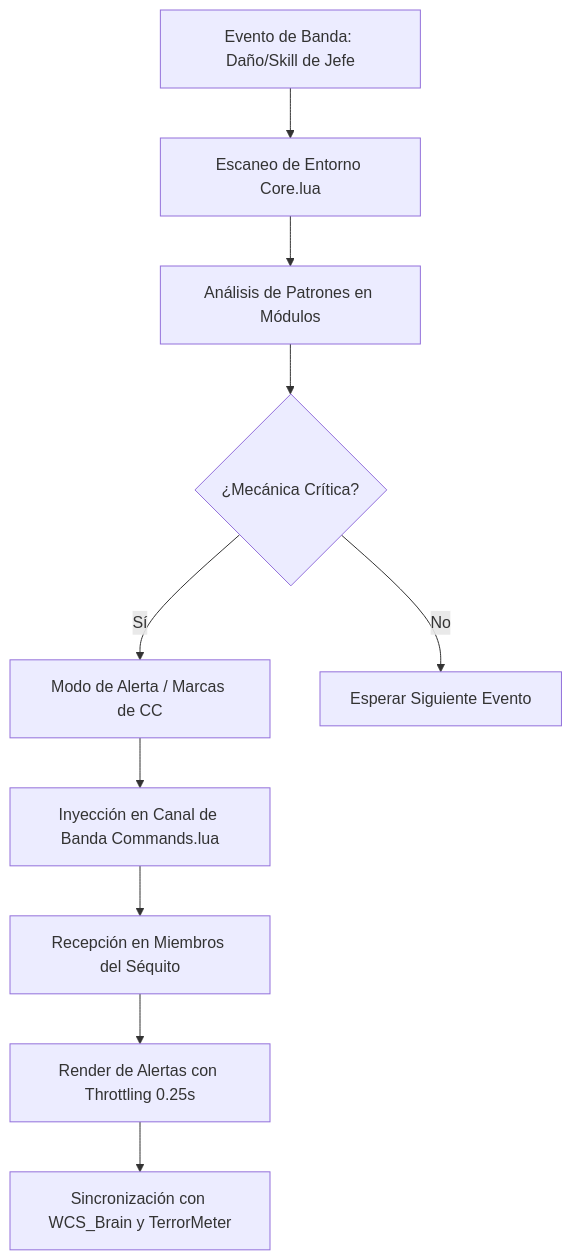
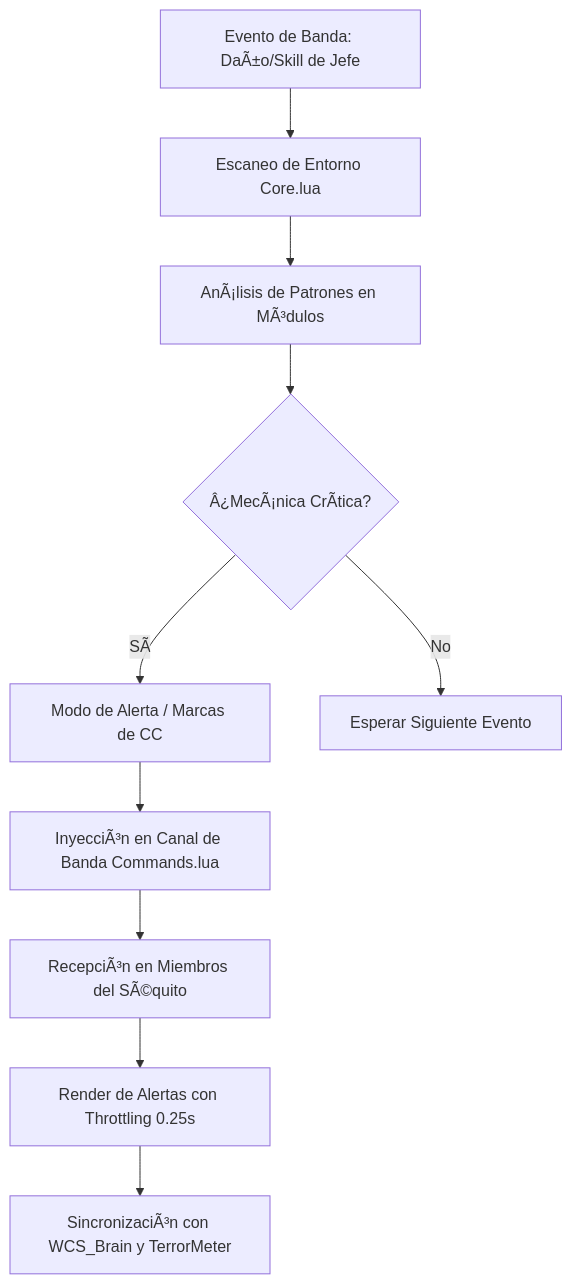
One commit to DarckRovert/TerrorSquadAI changed the diagram in wiki/Architecture.md. Above: the diagram before and after it, drawn with Mermaid. The commit also changed other lines of this file and 5 other files, not shown here.

````diff
--- a/wiki/Architecture.md
+++ b/wiki/Architecture.md
@@ -18,12 +18,12 @@
 ```mermaid
 graph TD
-    A[Evento de Banda: Daño/Skill de Jefe] --> B[Escaneo de Entorno Core.lua]
-    B --> C[Análisis de Patrones en Módulos]
-    C --> D{¿Mecánica Crítica?}
-    D -- Sí --> E[Modo de Alerta / Marcas de CC]
+    A[Evento de Banda: DaÃ±o/Skill de Jefe] --> B[Escaneo de Entorno Core.lua]
+    B --> C[AnÃ¡lisis de Patrones en MÃ³dulos]
+    C --> D{Â¿MecÃ¡nica CrÃ­tica?}
+    D -- SÃ­ --> E[Modo de Alerta / Marcas de CC]
     D -- No --> Z[Esperar Siguiente Evento]
-    E --> F[Inyección en Canal de Banda Commands.lua]
-    F --> G[Recepción en Miembros del Séquito]
+    E --> F[InyecciÃ³n en Canal de Banda Commands.lua]
+    F --> G[RecepciÃ³n en Miembros del SÃ©quito]
     G --> H[Render de Alertas con Throttling 0.25s]
-    H --> I[Sincronización con WCS_Brain y TerrorMeter]
+    H --> I[SincronizaciÃ³n con WCS_Brain y TerrorMeter]
 ```
````
